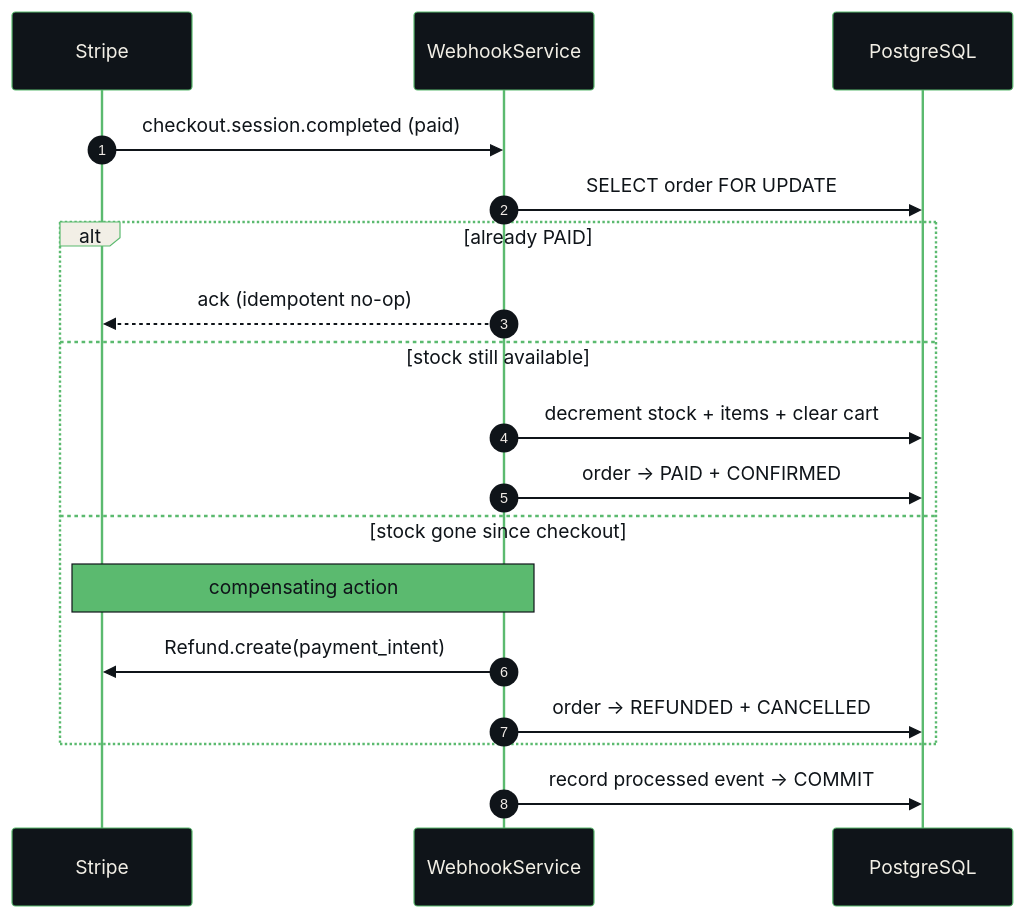
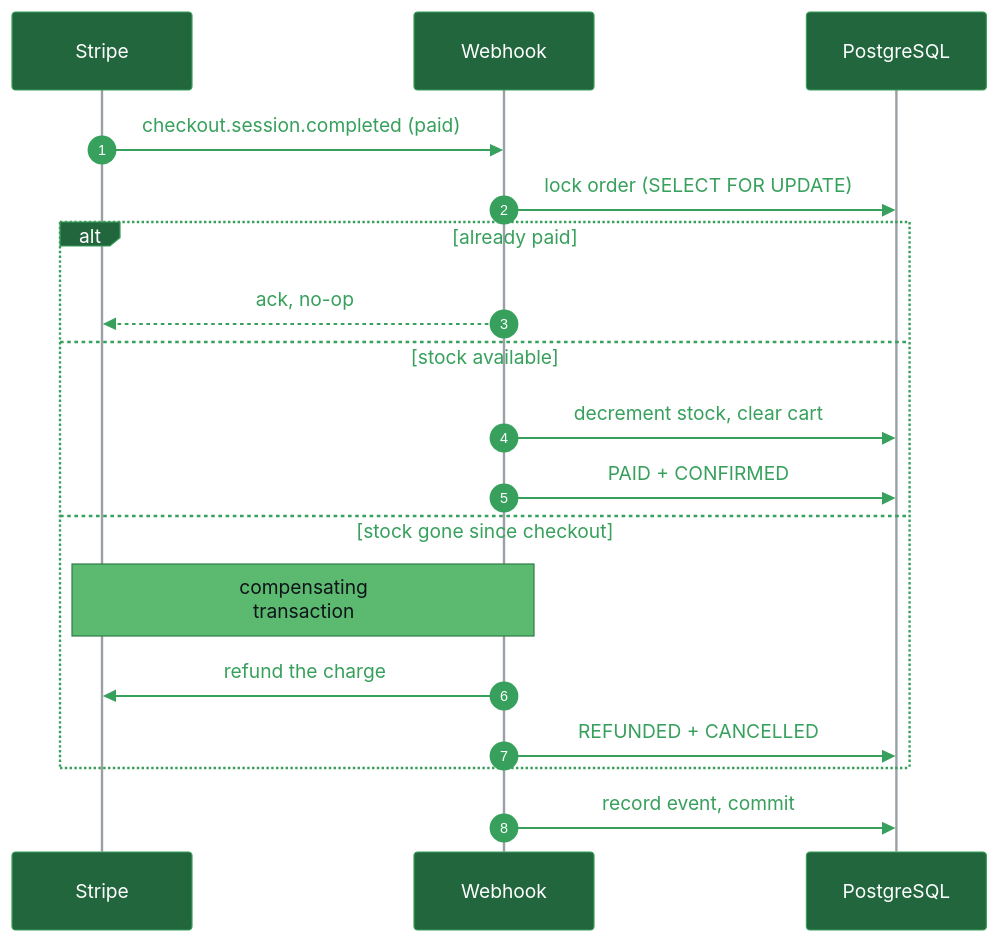
The sixth of 7 diagrams in README.md (venixhq/venix), drawn with Mermaid before and after one commit. The commit also changed other lines of this file, not shown here.

````diff
--- a/README.md
+++ b/README.md
@@ -236,22 +291,22 @@
 ```mermaid
-%%{init: {'theme':'base','themeVariables':{'primaryColor':'#0F1419','primaryTextColor':'#F2EFE6','primaryBorderColor':'#5BBA6F','lineColor':'#0F1419','actorBkg':'#0F1419','actorBorder':'#5BBA6F','actorTextColor':'#F2EFE6','signalColor':'#0F1419','signalTextColor':'#0F1419','noteBkgColor':'#5BBA6F','noteTextColor':'#0F1419','noteBorderColor':'#0F1419','labelBoxBkgColor':'#F2EFE6','labelBoxBorderColor':'#5BBA6F','labelTextColor':'#0F1419','loopTextColor':'#0F1419','fontFamily':'ui-sans-serif, system-ui, sans-serif'}}}%%
+%%{init: {'theme':'base','themeVariables':{'primaryColor':'#5BBA6F','primaryTextColor':'#0F1419','lineColor':'#37A05C','actorBkg':'#22663D','actorBorder':'#37A05C','actorTextColor':'#FFFFFF','actorLineColor':'#9AA0A6','signalColor':'#37A05C','signalTextColor':'#37A05C','noteBkgColor':'#5BBA6F','noteTextColor':'#0F1419','noteBorderColor':'#2E7D46','loopTextColor':'#37A05C','sequenceNumberColor':'#FFFFFF','fontFamily':'ui-sans-serif, system-ui, sans-serif'}}}%%
 sequenceDiagram
     autonumber
     participant S as Stripe
-    participant W as WebhookService
+    participant W as Webhook
     participant DB as PostgreSQL
 
     S->>W: checkout.session.completed (paid)
-    W->>DB: SELECT order FOR UPDATE
-    alt already PAID
-        W-->>S: ack (idempotent no-op)
-    else stock still available
-        W->>DB: decrement stock + items + clear cart
-        W->>DB: order → PAID + CONFIRMED
+    W->>DB: lock order (SELECT FOR UPDATE)
+    alt already paid
+        W-->>S: ack, no-op
+    else stock available
+        W->>DB: decrement stock, clear cart
+        W->>DB: PAID + CONFIRMED
     else stock gone since checkout
-        Note over W,S: compensating action
-        W->>S: Refund.create(payment_intent)
-        W->>DB: order → REFUNDED + CANCELLED
+        Note over S,W: compensating<br/>transaction
+        W->>S: refund the charge
+        W->>DB: REFUNDED + CANCELLED
     end
-    W->>DB: record processed event → COMMIT
+    W->>DB: record event, commit
 ```
````
